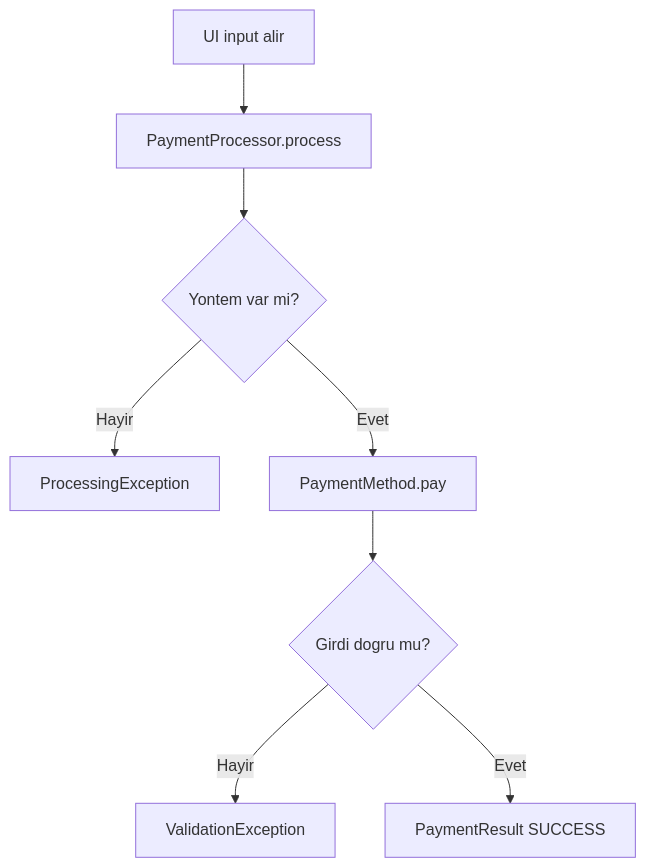
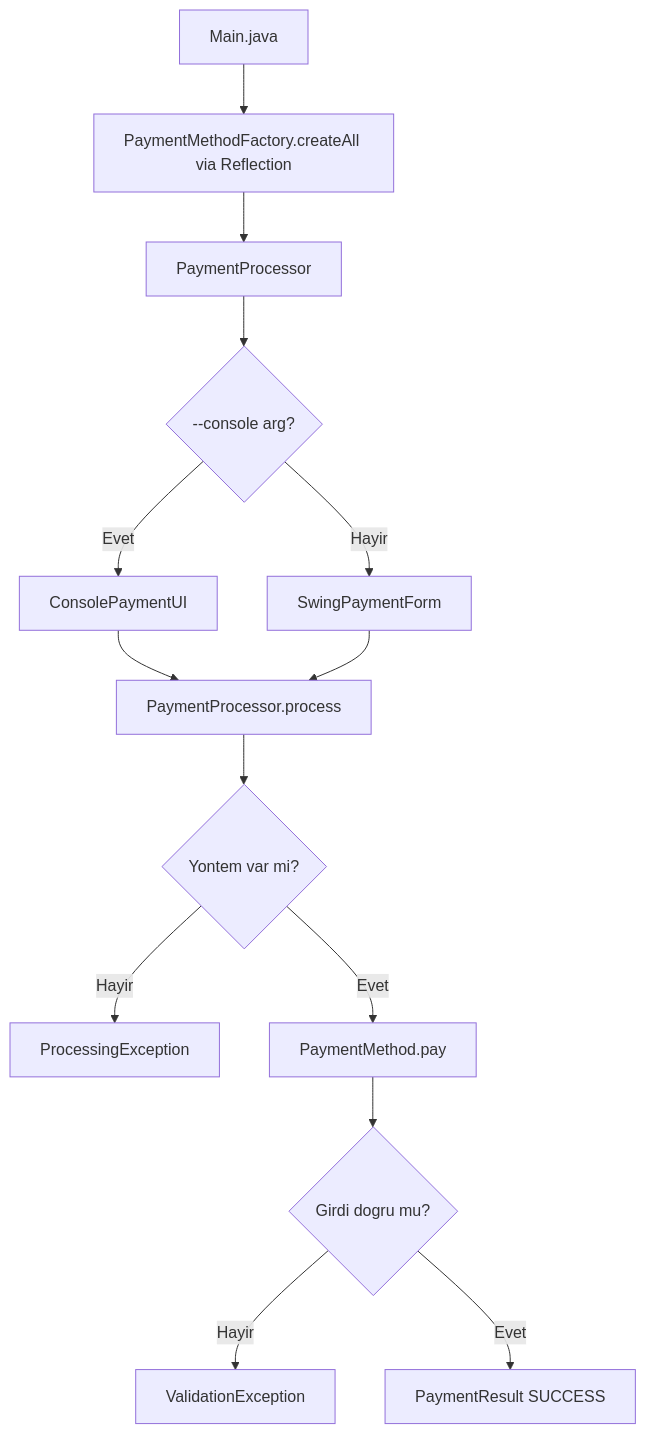
One commit to SamedBilginAlternet/n11_final changed the second of 2 diagrams in README.md. Above: the diagram before and after it, drawn with Mermaid. The commit also changed other lines of this file, not shown here.

Commit message:
docs: update README with reflection pattern, Swing UI, new diagrams, and Linux build command

````diff
--- a/README.md
+++ b/README.md
@@ -57,10 +119,16 @@
 ```mermaid
 flowchart TD
-    A[UI input alir] --> B[PaymentProcessor.process]
-    B --> C{Yontem var mi?}
-    C -- Hayir --> D[ProcessingException]
-    C -- Evet --> E[PaymentMethod.pay]
-    E --> F{Girdi dogru mu?}
-    F -- Hayir --> G[ValidationException]
-    F -- Evet --> H[PaymentResult SUCCESS]
+    A[Main.java] --> B[PaymentMethodFactory.createAll via Reflection]
+    B --> C[PaymentProcessor]
+    C --> D{--console arg?}
+    D -- Evet --> E[ConsolePaymentUI]
+    D -- Hayir --> F[SwingPaymentForm]
+    E --> G[PaymentProcessor.process]
+    F --> G
+    G --> H{Yontem var mi?}
+    H -- Hayir --> I[ProcessingException]
+    H -- Evet --> J[PaymentMethod.pay]
+    J --> K{Girdi dogru mu?}
+    K -- Hayir --> L[ValidationException]
+    K -- Evet --> M[PaymentResult SUCCESS]
 ```
````
